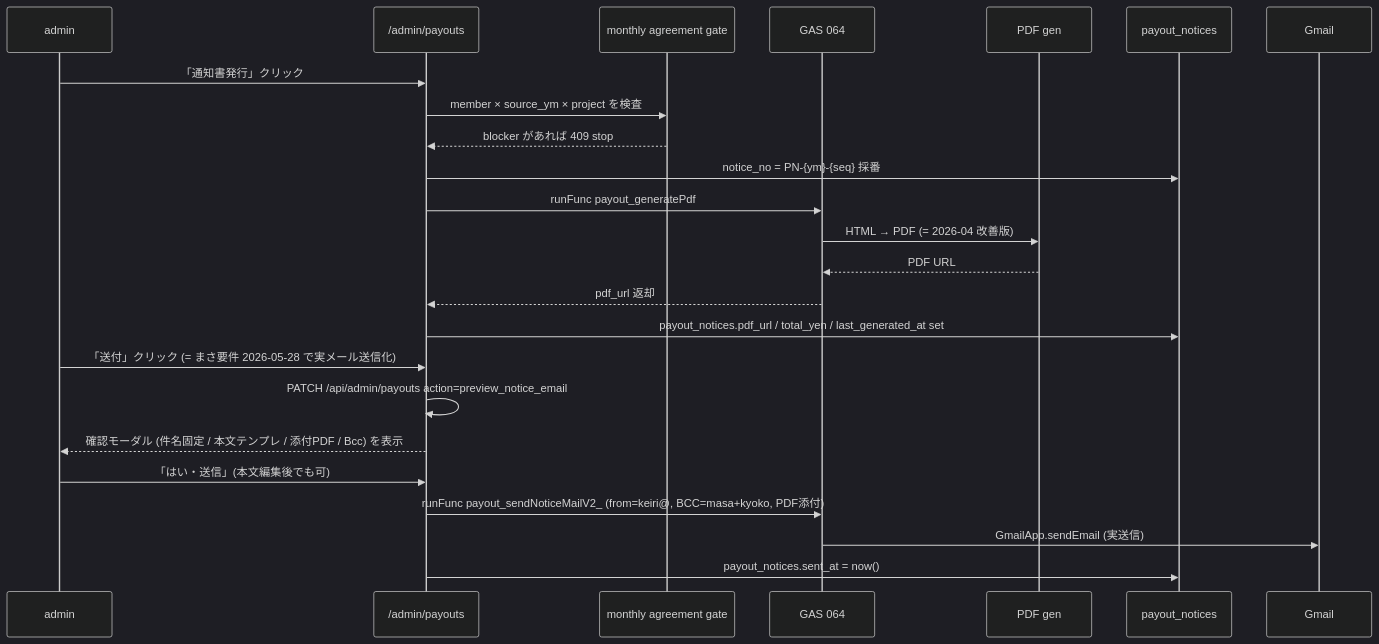
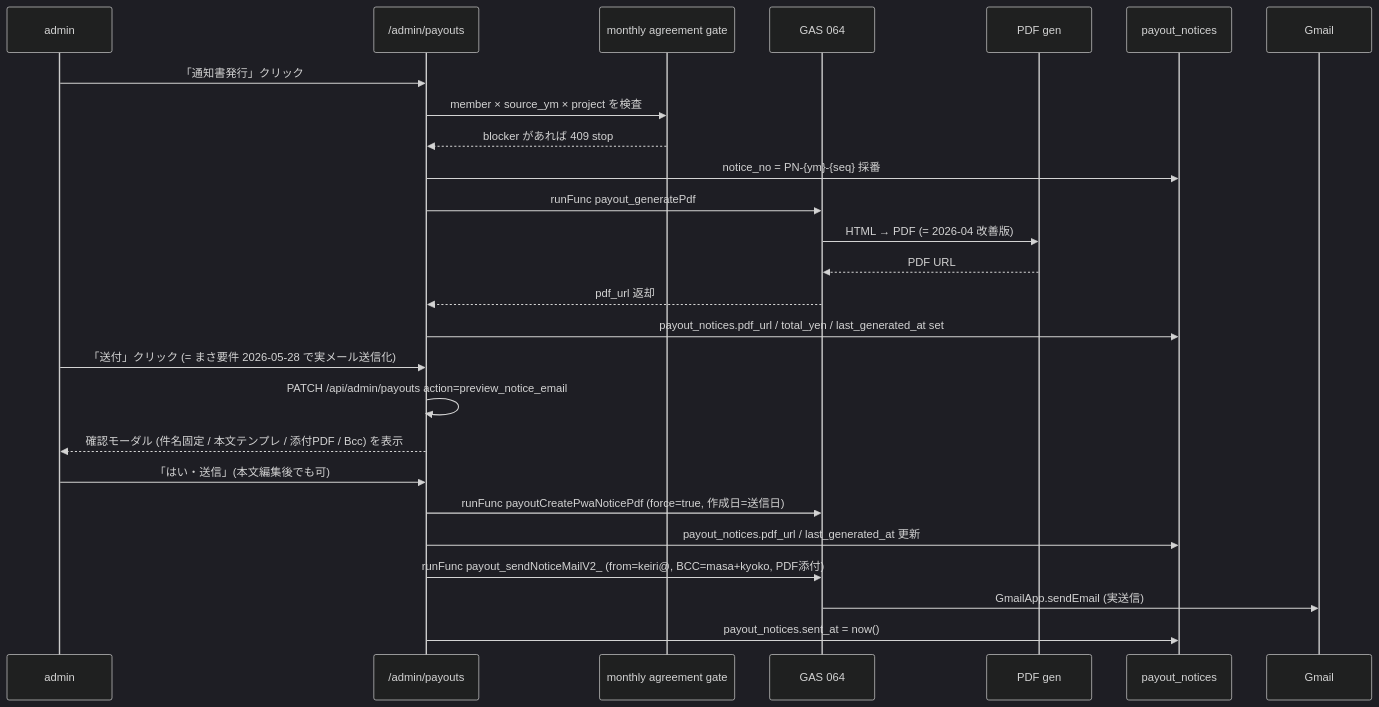
Before and after one commit to masa-teamarmada/amd-os: the second of 2 diagrams in pwa/manual/6-5-admin-payouts-reward-notice-spec.md, drawn with Mermaid (dark theme). The commit also changed other lines of this file and 22 other files, not shown here.

Commit message:
Add project cockpit contract summary and payout notice updates

````diff
--- a/pwa/manual/6-5-admin-payouts-reward-notice-spec.md
+++ b/pwa/manual/6-5-admin-payouts-reward-notice-spec.md
@@ -112,25 +112,27 @@
 ```mermaid
 sequenceDiagram
   participant Admin as admin
   participant PWA as /admin/payouts
   participant Gate as monthly agreement gate
   participant GAS as GAS 064
   participant PDF as PDF gen
   participant DB as payout_notices
   Admin->>PWA: 「通知書発行」クリック
   PWA->>Gate: member × source_ym × project を検査
   Gate-->>PWA: blocker があれば 409 stop
   PWA->>DB: notice_no = PN-{ym}-{seq} 採番
   PWA->>GAS: runFunc payout_generatePdf
   GAS->>PDF: HTML → PDF (= 2026-04 改善版)
   PDF-->>GAS: PDF URL
   GAS-->>PWA: pdf_url 返却
   PWA->>DB: payout_notices.pdf_url / total_yen / last_generated_at set
   Admin->>PWA: 「送付」クリック (= まさ要件 2026-05-28 で実メール送信化)
   PWA->>PWA: PATCH /api/admin/payouts action=preview_notice_email
   PWA-->>Admin: 確認モーダル (件名固定 / 本文テンプレ / 添付PDF / Bcc) を表示
   Admin->>PWA: 「はい・送信」(本文編集後でも可)
+  PWA->>GAS: runFunc payoutCreatePwaNoticePdf (force=true, 作成日=送信日)
+  PWA->>DB: payout_notices.pdf_url / last_generated_at 更新
   PWA->>GAS: runFunc payout_sendNoticeMailV2_ (from=keiri@, BCC=masa+kyoko, PDF添付)
   GAS->>Gmail: GmailApp.sendEmail (実送信)
   PWA->>DB: payout_notices.sent_at = now()
 ```
````
